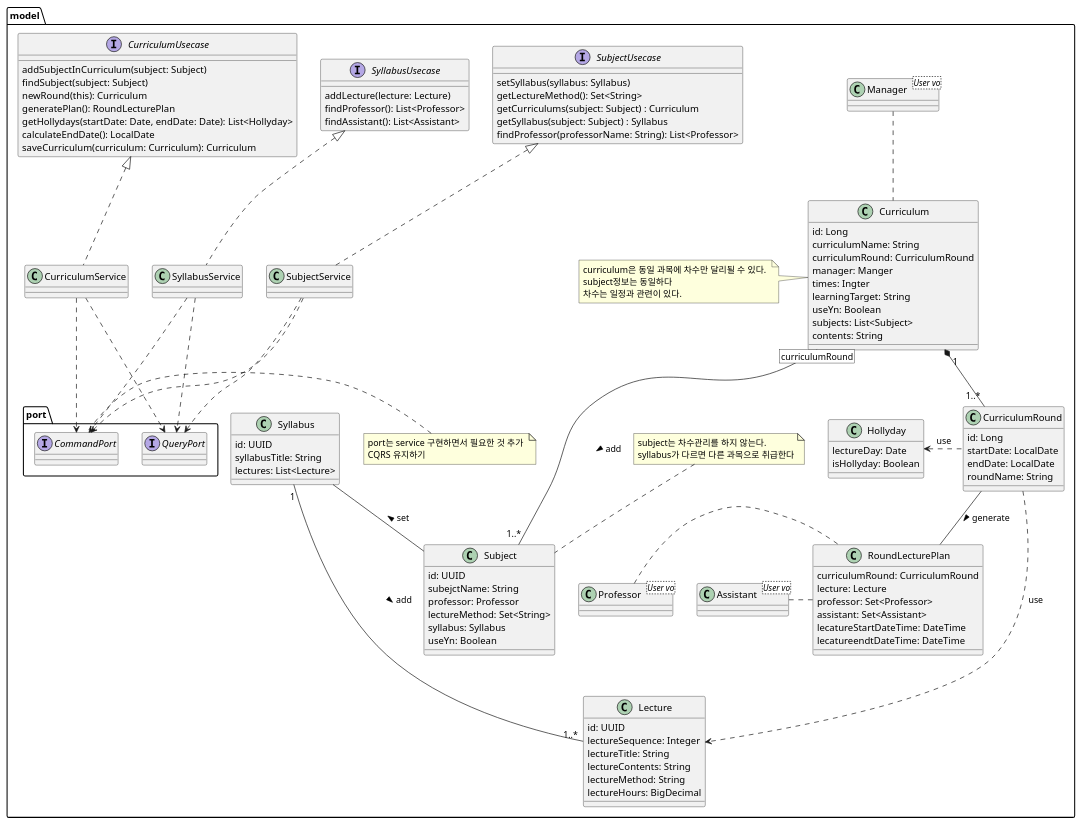
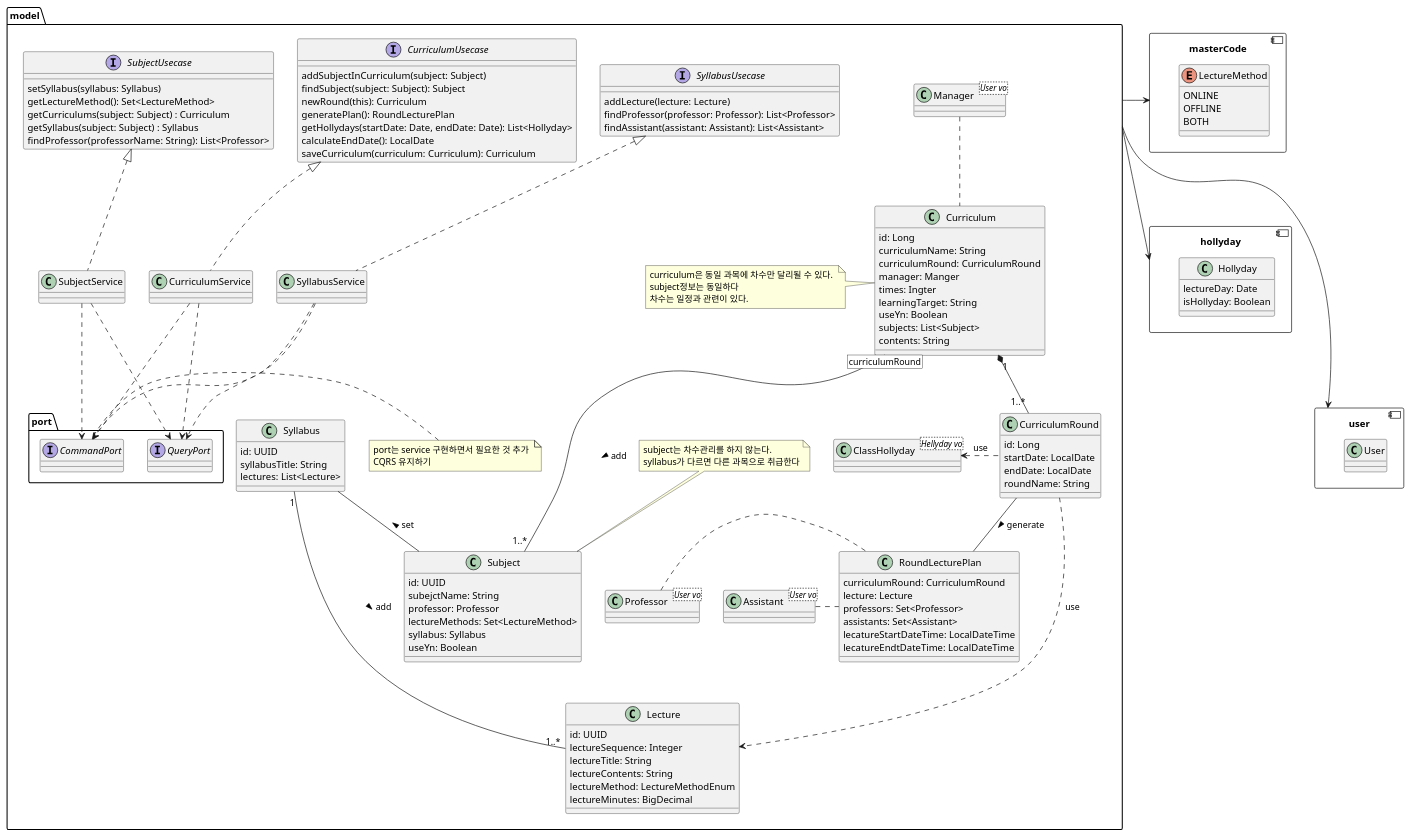
One commit to ohhoonim/lms changed the diagram in src/main/java/dev/ohhoonim/lms/domain/learningCourses/design/model.md. Above: the diagram before and after it, drawn with PlantUML. The commit also changed 35 other files, not shown here.

````diff
--- a/src/main/java/dev/ohhoonim/lms/domain/learningCourses/design/model.md
+++ b/src/main/java/dev/ohhoonim/lms/domain/learningCourses/design/model.md
@@ -37,27 +37,25 @@
     class RoundLecturePlan {
         curriculumRound: CurriculumRound
         lecture: Lecture
-        professor: Set<Professor>
-        assistant: Set<Assistant>
-        lecatureStartDateTime: DateTime
-        lecatureendtDateTime: DateTime
+        professors: Set<Professor>
+        assistants: Set<Assistant>
+        lecatureStartDateTime: LocalDateTime
+        lecatureEndtDateTime: LocalDateTime
     }
+
+    class ClassHollyday <Hellyday vo> 
 
     Curriculum "1" *-- "1..*" CurriculumRound
     CurriculumRound -- RoundLecturePlan : generate >
     CurriculumRound ...> Lecture : use
-    CurriculumRound .left.> Hollyday : use
+    CurriculumRound .left.> ClassHollyday: use
 
-    class Hollyday {
-        lectureDay: Date
-        isHollyday: Boolean
-    }
     '과목
     class Subject {
         id: UUID
         subejctName: String
         professor: Professor
-        lectureMethod: Set<String>
+        lectureMethods: Set<LectureMethod>
         syllabus: Syllabus
         useYn: Boolean
         
@@ -78,8 +76,8 @@
         lectureSequence: Integer
         lectureTitle: String
         lectureContents: String
-        lectureMethod: String
-        lectureHours: BigDecimal
+        lectureMethod: LectureMethodEnum 
+        lectureMinutes: BigDecimal
         
     }
 
@@ -94,7 +92,7 @@
 
     interface CurriculumUsecase {
         addSubjectInCurriculum(subject: Subject)
-        findSubject(subject: Subject)
+        findSubject(subject: Subject): Subject
         newRound(this): Curriculum
         generatePlan(): RoundLecturePlan
         getHollydays(startDate: Date, endDate: Date): List<Hollyday>
@@ -104,7 +102,7 @@
 
     interface SubjectUsecase {
         setSyllabus(syllabus: Syllabus)
-        getLectureMethod(): Set<String>
+        getLectureMethod(): Set<LectureMethod>
         getCurriculums(subject: Subject) : Curriculum
         getSyllabus(subject: Subject) : Syllabus
         findProfessor(professorName: String): List<Professor>
@@ -112,8 +110,8 @@
 
     interface SyllabusUsecase {
         addLecture(lecture: Lecture)
-        findProfessor(): List<Professor>
-        findAssistant(): List<Assistant>
+        findProfessor(professor: Professor): List<Professor>
+        findAssistant(assistant: Assistant): List<Assistant>
     }
 
     class CurriculumService  
@@ -140,5 +138,30 @@
     SubjectService ..> CommandPort
     SyllabusService ..> CommandPort
 }
+
+component masterCode {
+
+    enum LectureMethod {
+        ONLINE 
+        OFFLINE
+        BOTH
+    }
+}
+
+component hollyday {
+
+    class Hollyday {
+        lectureDay: Date
+        isHollyday: Boolean
+    }
+}
+
+component user {
+    class User
+}
+
+model -> masterCode
+model --> hollyday
+model ---> user
 @enduml
 ```
````
